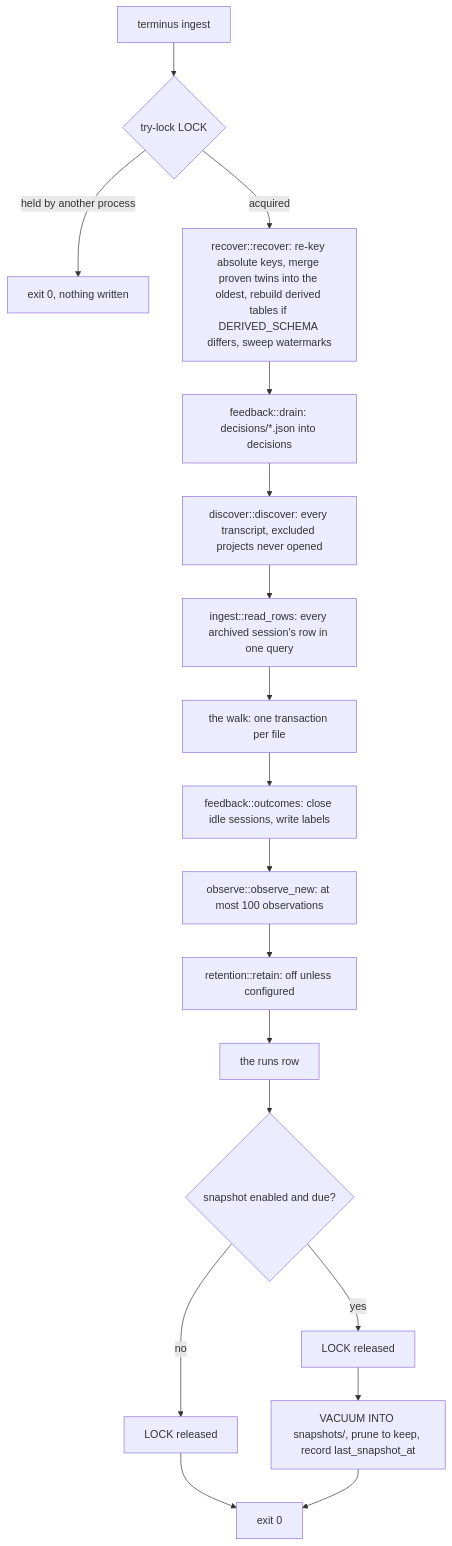
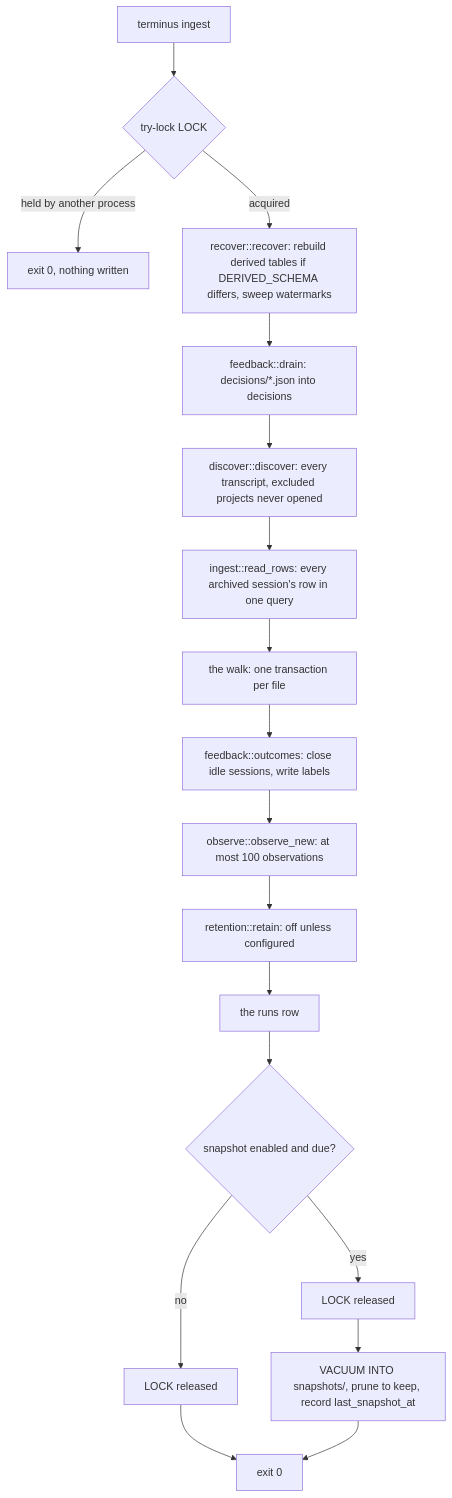
Before and after one commit to jcrenshaw-dev/terminus: the first of 3 diagrams in docs/design/0003-ingest.md, drawn with Mermaid. The commit also changed other lines of this file and 4 other files, not shown here.

````diff
--- a/docs/design/0003-ingest.md
+++ b/docs/design/0003-ingest.md
@@ -152,20 +145,20 @@
 ```mermaid
 flowchart TD
   S["terminus ingest"] --> L{"try-lock LOCK"}
   L -->|"held by another process"| X["exit 0, nothing written"]
-  L -->|"acquired"| R["recover::recover: re-key absolute keys, merge proven twins into the oldest, rebuild derived tables if DERIVED_SCHEMA differs, sweep watermarks"]
+  L -->|"acquired"| R["recover::recover: rebuild derived tables if DERIVED_SCHEMA differs, sweep watermarks"]
   R --> D["feedback::drain: decisions/*.json into decisions"]
   D --> F["discover::discover: every transcript, excluded projects never opened"]
   F --> RR["ingest::read_rows: every archived session's row in one query"]
   RR --> W["the walk: one transaction per file"]
   W --> O["feedback::outcomes: close idle sessions, write labels"]
   O --> B["observe::observe_new: at most 100 observations"]
   B --> T["retention::retain: off unless configured"]
   T --> N["the runs row"]
   N --> P{"snapshot enabled and due?"}
   P -->|"yes"| U["LOCK released"]
   U --> V["VACUUM INTO snapshots/, prune to keep, record last_snapshot_at"]
   P -->|"no"| Q["LOCK released"]
   Q --> E["exit 0"]
   V --> E
 ```
````
